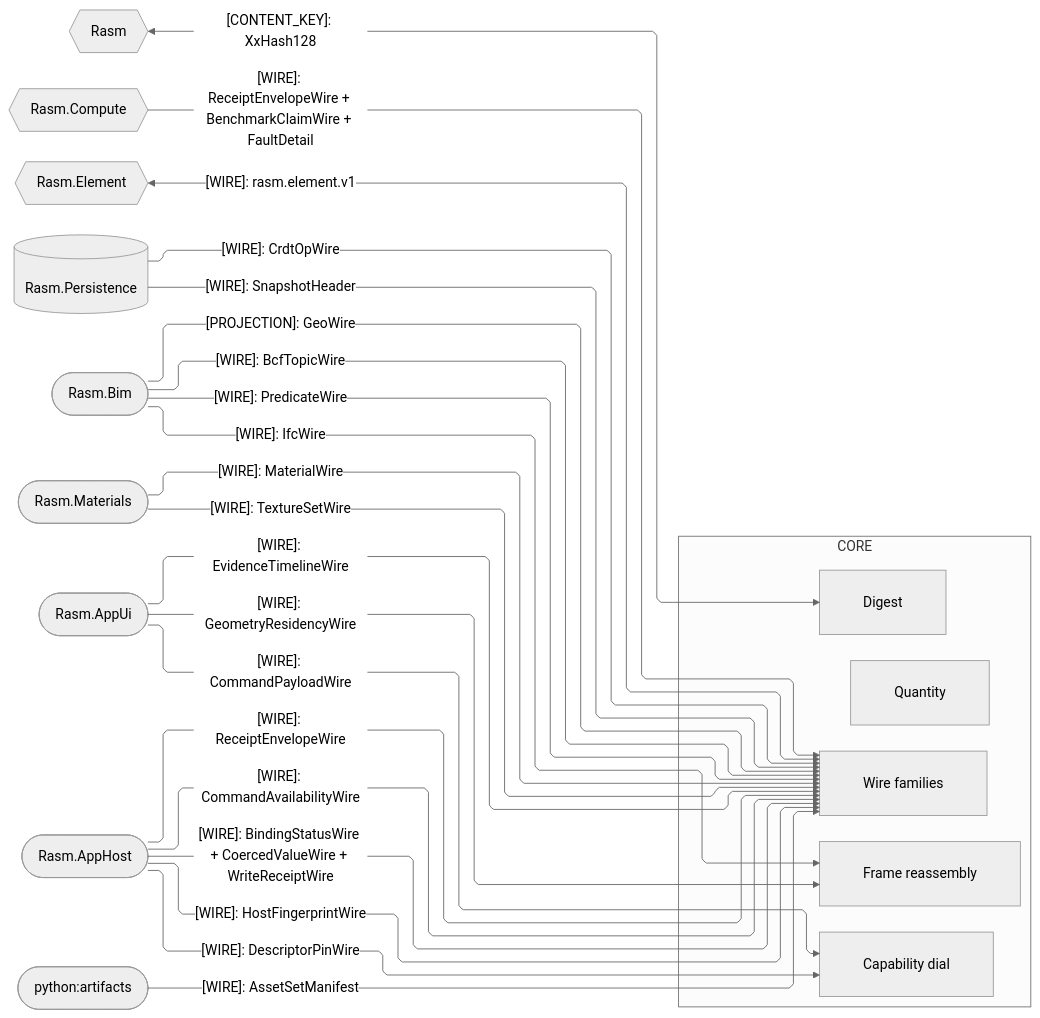
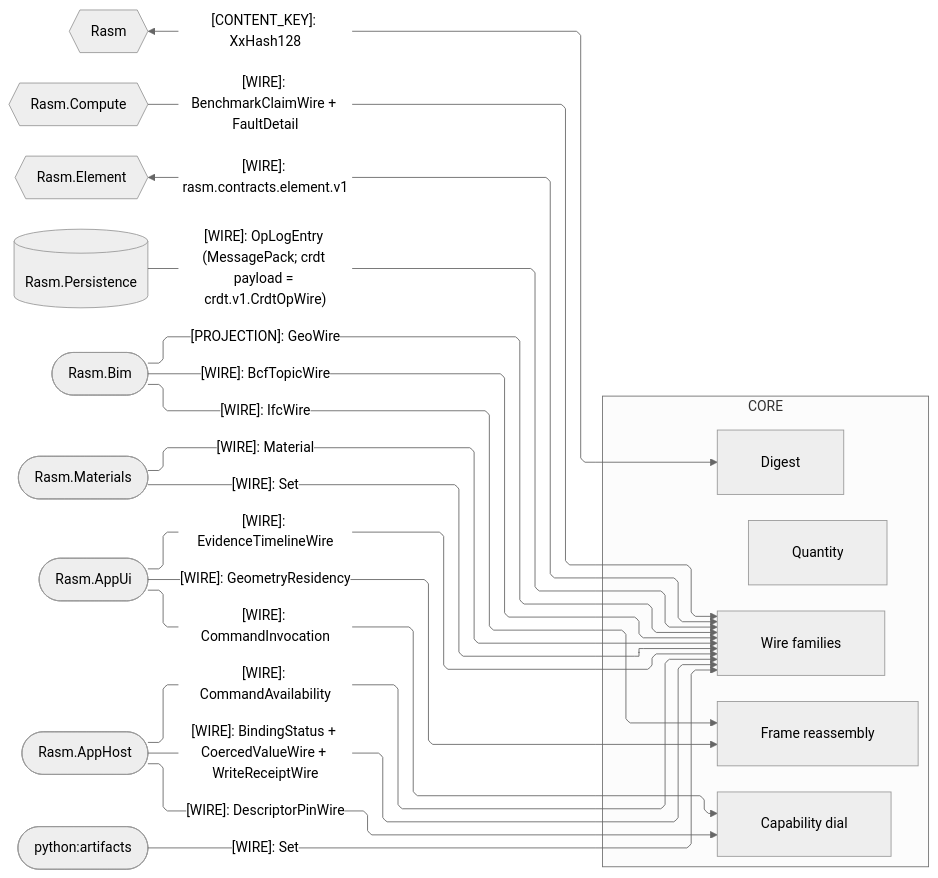
One commit to bsamiee/Rasm changed the second of 4 diagrams in libs/typescript/core/ARCHITECTURE.md. Above: the diagram before and after it, drawn with Mermaid (neutral theme). The commit also changed other lines of this file and 820 other files, not shown here.

Commit message:
snapshot: contracts generation landed and monorepo manifests collapsed to root

````diff
--- a/libs/typescript/core/ARCHITECTURE.md
+++ b/libs/typescript/core/ARCHITECTURE.md
@@ -127,48 +125,44 @@
 ```mermaid
 ---
 config:
   layout: elk
   flowchart:
     curve: linear
     padding: 25
 ---
 flowchart LR
     accTitle: Core wire-plane seam registry
     accDescr: Wire, Frame, and Invoke admit peer-owned contracts; every external edge preserves its producer spelling.
     subgraph core[CORE]
         Digest[Digest]
         Quantity[Quantity]
         Wire[Wire families]
         Frame[Frame reassembly]
         Invoke[Capability dial]
     end
     Rasm{{Rasm}}
     Compute{{Rasm.Compute}}
     Element{{Rasm.Element}}
     Persistence[(Rasm.Persistence)]
     Bim([Rasm.Bim])
     Materials([Rasm.Materials])
     AppUi([Rasm.AppUi])
     AppHost([Rasm.AppHost])
     Artifacts([python:artifacts])
     Rasm e1@<-->|"[CONTENT_KEY]: XxHash128"| Digest
-    Compute e2@-->|"[WIRE]: ReceiptEnvelopeWire + BenchmarkClaimWire + FaultDetail"| Wire
-    Element e3@<-->|"[WIRE]: rasm.element.v1"| Wire
-    Persistence e4@-->|"[WIRE]: CrdtOpWire"| Wire
-    Persistence e5@-->|"[WIRE]: SnapshotHeader"| Wire
+    Compute e2@-->|"[WIRE]: BenchmarkClaimWire + FaultDetail"| Wire
+    Element e3@<-->|"[WIRE]: rasm.contracts.element.v1"| Wire
+    Persistence e4@-->|"[WIRE]: OpLogEntry (MessagePack; crdt payload = crdt.v1.CrdtOpWire)"| Wire
     Bim e6@-->|"[WIRE]: IfcWire"| Frame
     Bim e7@-->|"[WIRE]: BcfTopicWire"| Wire
-    Bim e8@-->|"[WIRE]: PredicateWire"| Wire
-    Materials e9@-->|"[WIRE]: MaterialWire"| Wire
-    Materials e10@-->|"[WIRE]: TextureSetWire"| Wire
-    Artifacts e11@-->|"[WIRE]: AssetSetManifest"| Wire
-    AppUi e12@-->|"[WIRE]: CommandPayloadWire"| Invoke
-    AppUi e13@-->|"[WIRE]: GeometryResidencyWire"| Frame
+    Materials e9@-->|"[WIRE]: Material"| Wire
+    Materials e10@-->|"[WIRE]: Set"| Wire
+    Artifacts e11@-->|"[WIRE]: Set"| Wire
+    AppUi e12@-->|"[WIRE]: CommandInvocation"| Invoke
+    AppUi e13@-->|"[WIRE]: GeometryResidency"| Frame
     AppUi e14@-->|"[WIRE]: EvidenceTimelineWire"| Wire
     AppHost e15@-->|"[WIRE]: DescriptorPinWire"| Invoke
-    AppHost e16@-->|"[WIRE]: ReceiptEnvelopeWire"| Wire
-    AppHost e17@-->|"[WIRE]: CommandAvailabilityWire"| Wire
-    AppHost e18@-->|"[WIRE]: BindingStatusWire + CoercedValueWire + WriteReceiptWire"| Wire
-    AppHost e19@-->|"[WIRE]: HostFingerprintWire"| Wire
+    AppHost e17@-->|"[WIRE]: CommandAvailability"| Wire
+    AppHost e18@-->|"[WIRE]: BindingStatus + CoercedValueWire + WriteReceiptWire"| Wire
     Bim e20@-->|"[PROJECTION]: GeoWire"| Wire
 ```
````
